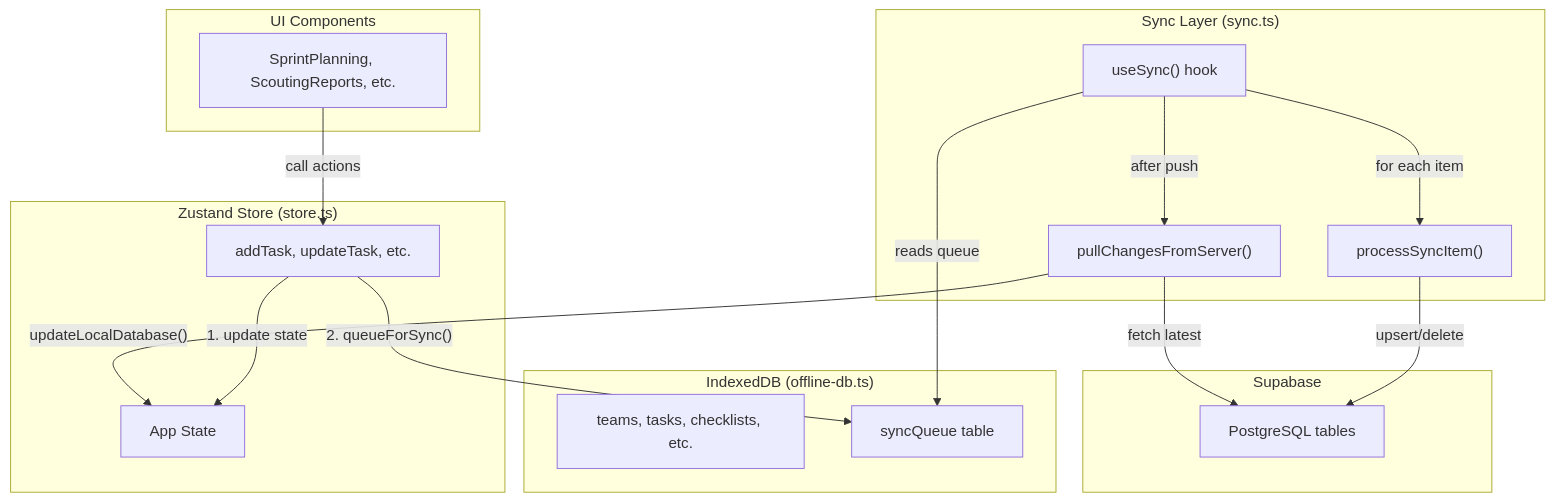
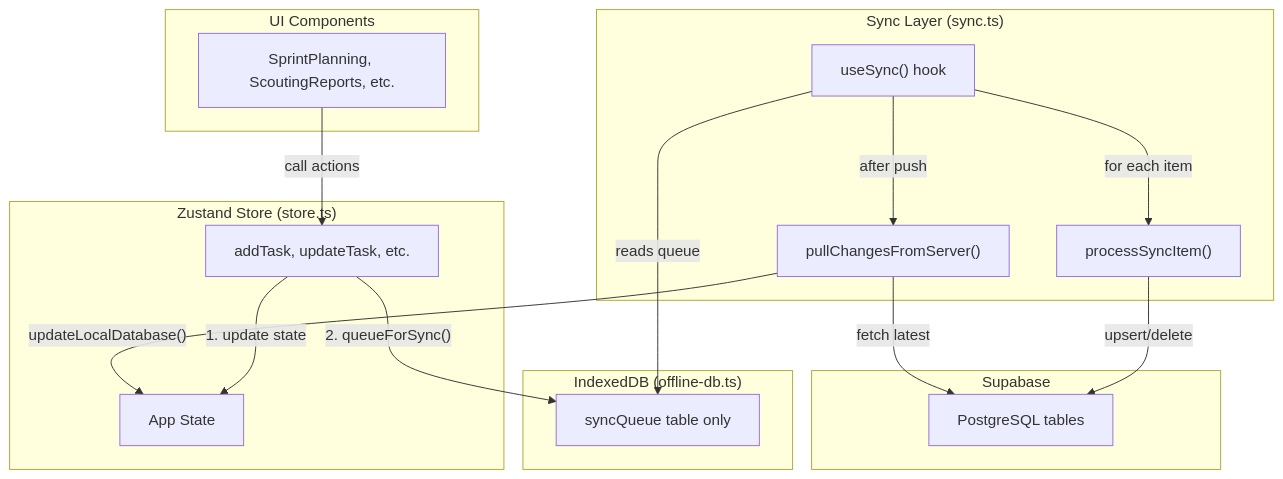
Before and after one commit to abigailfussell-afk/falconforge: the diagram in .agent/skills/data-sync/SKILL.md, drawn with Mermaid. The commit also changed other lines of this file and 211 other files, not shown here.

````diff
--- a/.agent/skills/data-sync/SKILL.md
+++ b/.agent/skills/data-sync/SKILL.md
@@ -12,38 +12,37 @@
 ```mermaid
 flowchart TB
     subgraph UI["UI Components"]
         Components["SprintPlanning, ScoutingReports, etc."]
     end
     
     subgraph Store["Zustand Store (store.ts)"]
         State["App State"]
         Actions["addTask, updateTask, etc."]
     end
     
     subgraph LocalDB["IndexedDB (offline-db.ts)"]
-        Tables["teams, tasks, checklists, etc."]
-        SyncQueue["syncQueue table"]
+        SyncQueue["syncQueue table only"]
     end
     
     subgraph Sync["Sync Layer (sync.ts)"]
         UseSync["useSync() hook"]
         ProcessItem["processSyncItem()"]
         PullChanges["pullChangesFromServer()"]
     end
     
     subgraph Cloud["Supabase"]
         SupabaseDB["PostgreSQL tables"]
     end
     
     Components -->|"call actions"| Actions
     Actions -->|"1. update state"| State
     Actions -->|"2. queueForSync()"| SyncQueue
     
     UseSync -->|"reads queue"| SyncQueue
     UseSync -->|"for each item"| ProcessItem
     ProcessItem -->|"upsert/delete"| SupabaseDB
     
     UseSync -->|"after push"| PullChanges
     PullChanges -->|"fetch latest"| SupabaseDB
     PullChanges -->|"updateLocalDatabase()"| State
 ```
````
